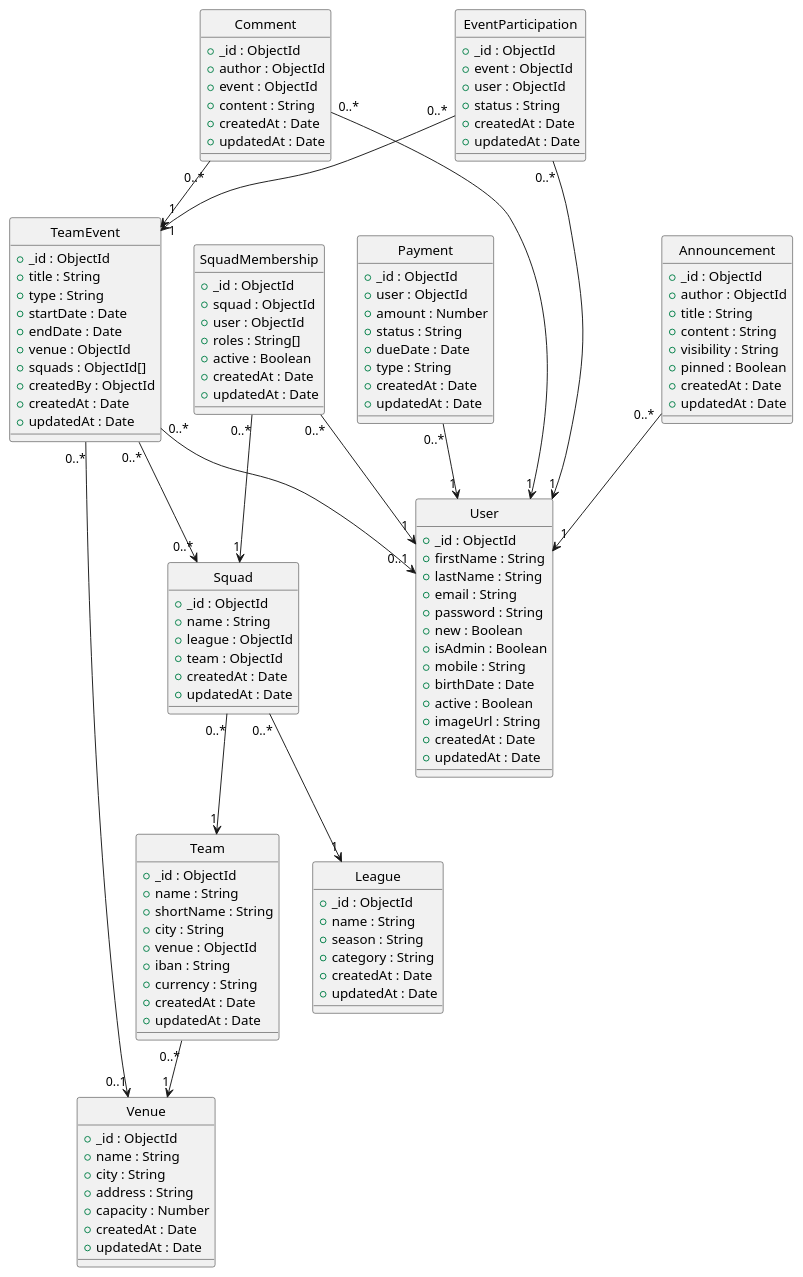
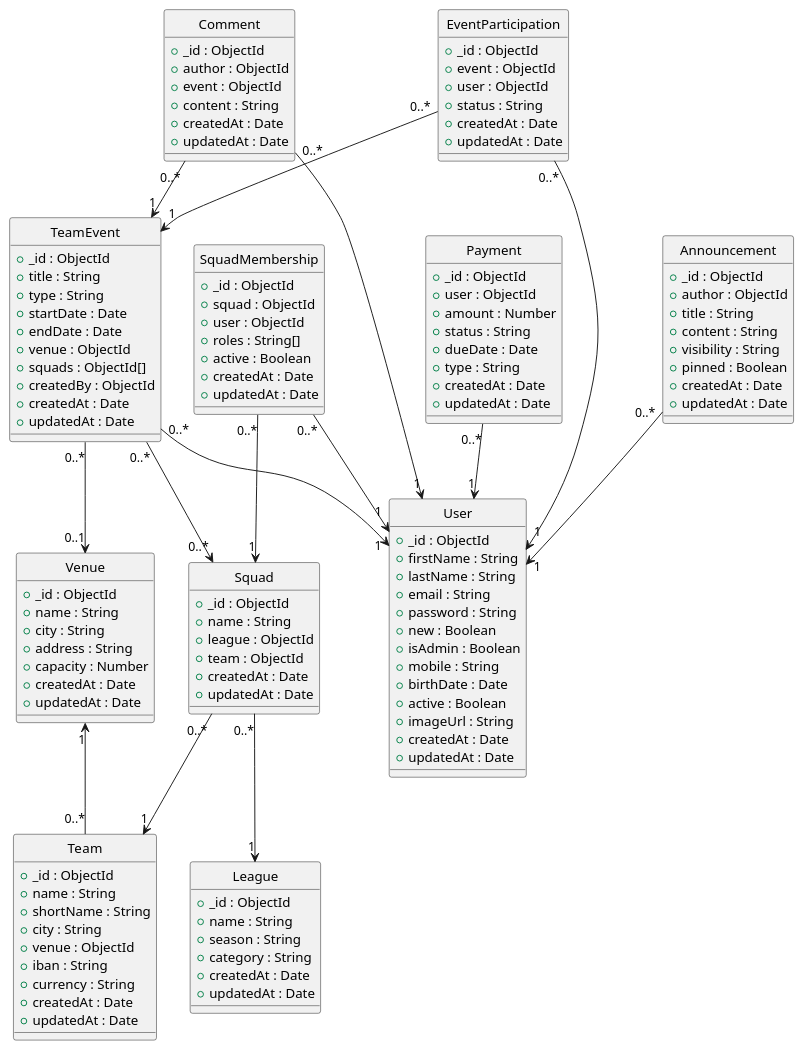
One commit to TomasHusarik/SpravujTym changed the diagram in LLM/implementacni_diagram_trid.plantuml. Above: the diagram before and after it, drawn with PlantUML. The commit also changed 5 other files, not shown here.

Commit message:
Update TeamEvent model to require createdBy field

```diff
--- a/LLM/implementacni_diagram_trid.plantuml
+++ b/LLM/implementacni_diagram_trid.plantuml
@@ -1,148 +1,148 @@
 @startuml
 hide circle
 
 class User {
   +_id : ObjectId
   +firstName : String
   +lastName : String
   +email : String
   +password : String
   +new : Boolean
   +isAdmin : Boolean
   +mobile : String
   +birthDate : Date
   +active : Boolean
   +imageUrl : String
   +createdAt : Date
   +updatedAt : Date
 }
 
 class League {
   +_id : ObjectId
   +name : String
   +season : String
   +category : String
   +createdAt : Date
   +updatedAt : Date
 }
 
 class Team {
   +_id : ObjectId
   +name : String
   +shortName : String
   +city : String
   +venue : ObjectId
   +iban : String
   +currency : String
   +createdAt : Date
   +updatedAt : Date
 }
 
 class Squad {
   +_id : ObjectId
   +name : String
   +league : ObjectId
   +team : ObjectId
   +createdAt : Date
   +updatedAt : Date
 }
 
 class SquadMembership {
   +_id : ObjectId
   +squad : ObjectId
   +user : ObjectId
   +roles : String[]
   +active : Boolean
   +createdAt : Date
   +updatedAt : Date
 }
 
 class TeamEvent {
   +_id : ObjectId
   +title : String
   +type : String
   +startDate : Date
   +endDate : Date
   +venue : ObjectId
   +squads : ObjectId[]
   +createdBy : ObjectId
   +createdAt : Date
   +updatedAt : Date
 }
 
 class EventParticipation {
   +_id : ObjectId
   +event : ObjectId
   +user : ObjectId
   +status : String
   +createdAt : Date
   +updatedAt : Date
 }
 
 class Comment {
   +_id : ObjectId
   +author : ObjectId
   +event : ObjectId
   +content : String
   +createdAt : Date
   +updatedAt : Date
 }
 
 class Venue {
   +_id : ObjectId
   +name : String
   +city : String
   +address : String
   +capacity : Number
   +createdAt : Date
   +updatedAt : Date
 }
 
 class Announcement {
   +_id : ObjectId
   +author : ObjectId
   +title : String
   +content : String
   +visibility : String
   +pinned : Boolean
   +createdAt : Date
   +updatedAt : Date
 }
 
 class Payment {
   +_id : ObjectId
   +user : ObjectId
   +amount : Number
   +status : String
   +dueDate : Date
   +type : String
   +createdAt : Date
   +updatedAt : Date
 }
 
 ' =====================
 ' REFERENCES WITH CARDINALITY
 ' =====================
 
-Team "0..*" --> "1" Venue
+Venue "1" <-- "0..*" Team
 
 Squad "0..*" --> "1" League
 Squad "0..*" --> "1" Team
 
 SquadMembership "0..*" --> "1" User
 SquadMembership "0..*" --> "1" Squad
 
 TeamEvent "0..*" --> "0..1" Venue
 TeamEvent "0..*" --> "0..*" Squad
-TeamEvent "0..*" --> "0..1" User
+TeamEvent "0..*" --> "1" User
 
 EventParticipation "0..*" --> "1" User
 EventParticipation "0..*" --> "1" TeamEvent
 
 Comment "0..*" --> "1" User
 Comment "0..*" --> "1" TeamEvent
 
 Announcement "0..*" --> "1" User
 
 Payment "0..*" --> "1" User
 @enduml
```
